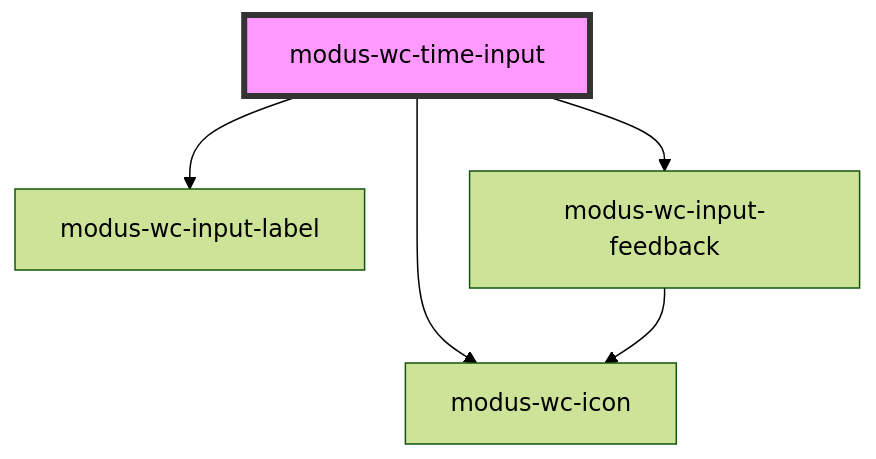
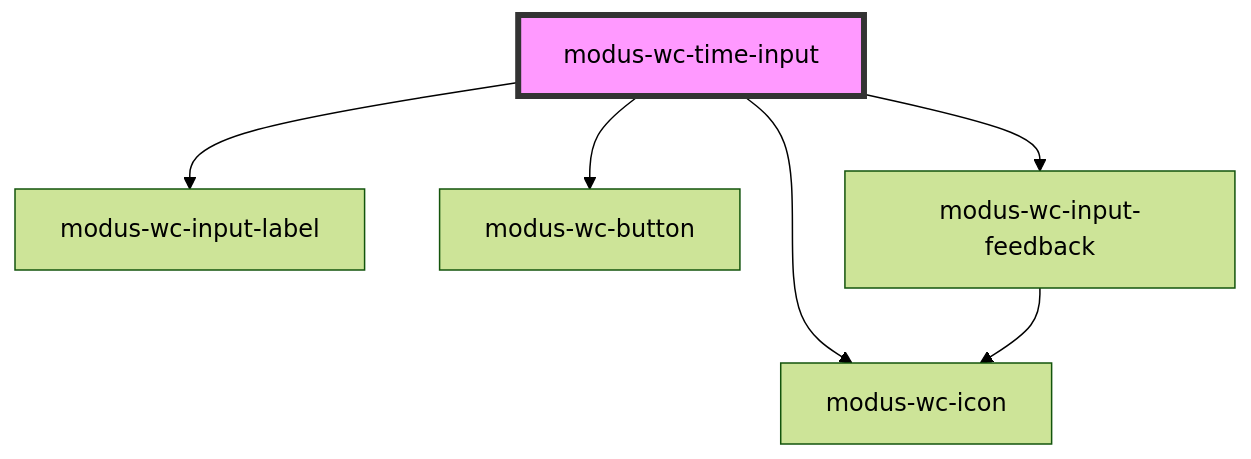
Before and after one commit to trimble-oss/modus-wc-2.0: the diagram in src/components/modus-wc-time-input/readme.md, drawn with Mermaid (forest theme). The commit also changed other lines of this file and 6 other files, not shown here.

````diff
--- a/src/components/modus-wc-time-input/readme.md
+++ b/src/components/modus-wc-time-input/readme.md
@@ -67,8 +68,9 @@
 ```mermaid
 graph TD;
   modus-wc-time-input --> modus-wc-input-label
+  modus-wc-time-input --> modus-wc-button
   modus-wc-time-input --> modus-wc-icon
   modus-wc-time-input --> modus-wc-input-feedback
   modus-wc-input-feedback --> modus-wc-icon
   style modus-wc-time-input fill:#f9f,stroke:#333,stroke-width:4px
 ```
````
